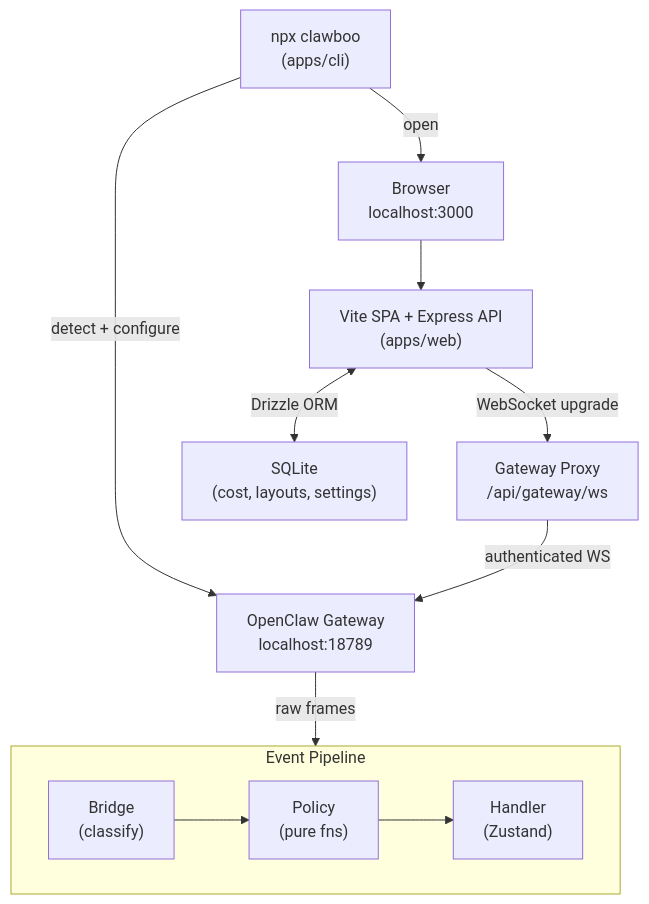
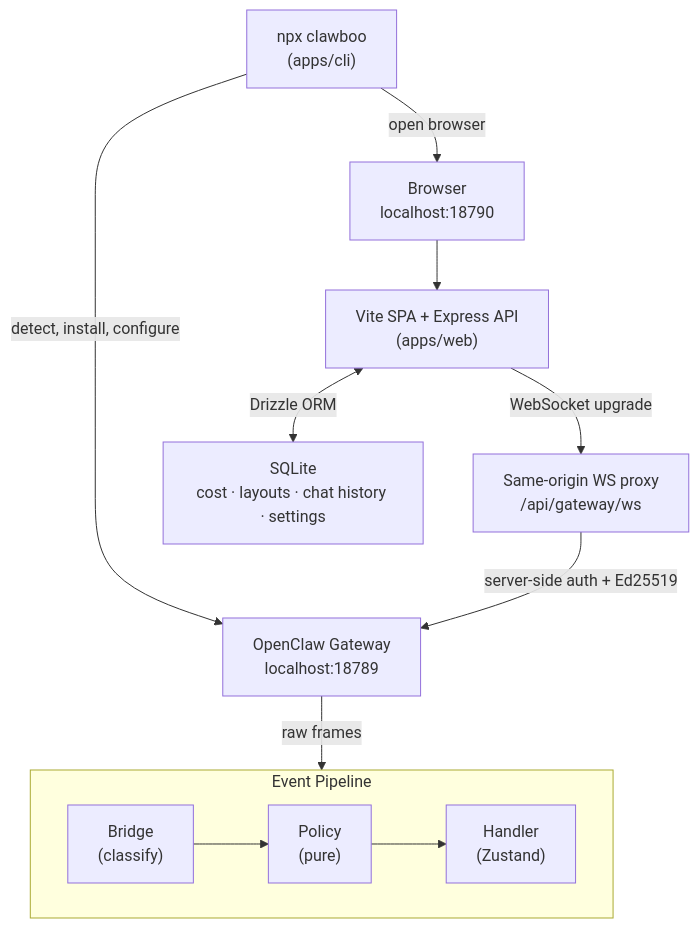
One commit to clawboo/clawboo changed the diagram in README.md. Above: the diagram before and after it, drawn with Mermaid. The commit also changed other lines of this file and 11 other files, not shown here.

````diff
--- a/README.md
+++ b/README.md
@@ -93,23 +158,23 @@
 ```mermaid
 graph TD
     CLI["npx clawboo<br/>(apps/cli)"]
-    Browser["Browser<br/>localhost:3000"]
+    Browser["Browser<br/>localhost:18790"]
     Web["Vite SPA + Express API<br/>(apps/web)"]
-    Proxy["Gateway Proxy<br/>/api/gateway/ws"]
+    Proxy["Same-origin WS proxy<br/>/api/gateway/ws"]
     Gateway["OpenClaw Gateway<br/>localhost:18789"]
-    SQLite["SQLite<br/>(cost, layouts, settings)"]
+    SQLite["SQLite<br/>cost · layouts · chat history · settings"]
 
-    CLI -->|"detect + configure"| Gateway
-    CLI -->|"open"| Browser
+    CLI -->|"detect, install, configure"| Gateway
+    CLI -->|"open browser"| Browser
     Browser --> Web
     Web -->|"WebSocket upgrade"| Proxy
-    Proxy -->|"authenticated WS"| Gateway
+    Proxy -->|"server-side auth + Ed25519"| Gateway
     Web <-->|"Drizzle ORM"| SQLite
 
     subgraph "Event Pipeline"
         direction LR
-        Bridge["Bridge<br/>(classify)"] --> Policy["Policy<br/>(pure fns)"] --> Handler["Handler<br/>(Zustand)"]
+        Bridge["Bridge<br/>(classify)"] --> Policy["Policy<br/>(pure)"] --> Handler["Handler<br/>(Zustand)"]
     end
 
     Gateway -->|"raw frames"| Bridge
 ```
````
